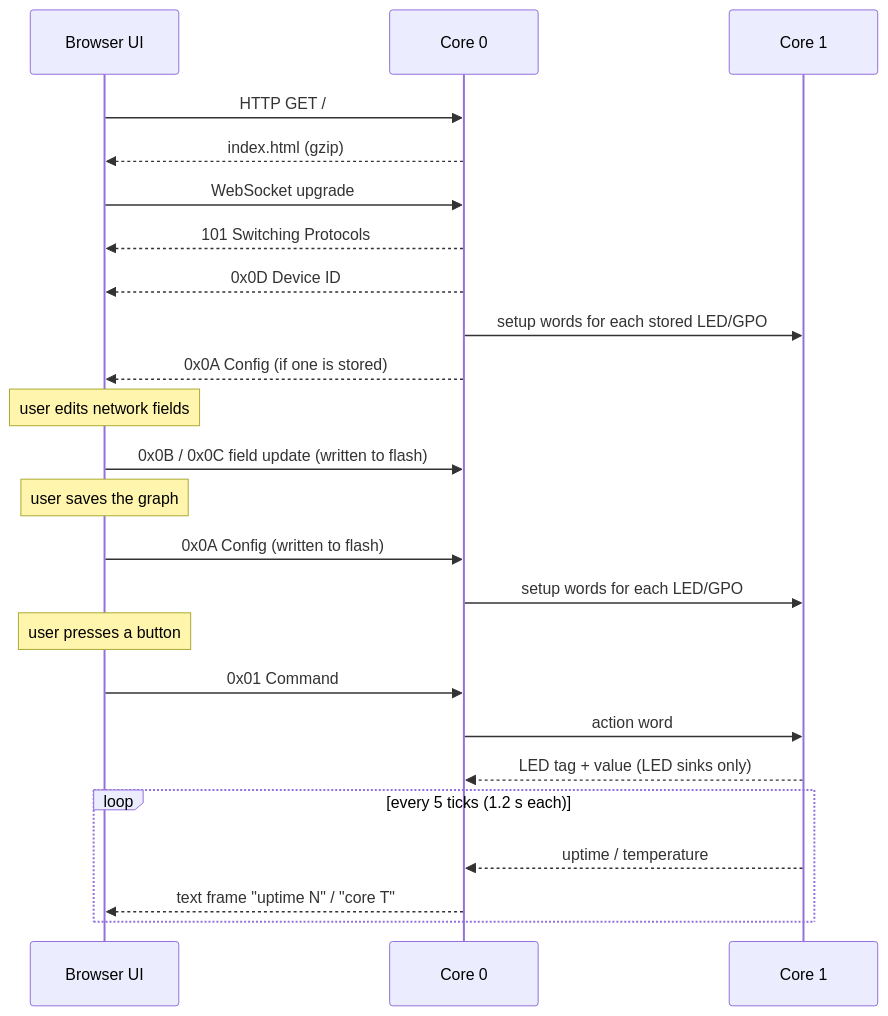
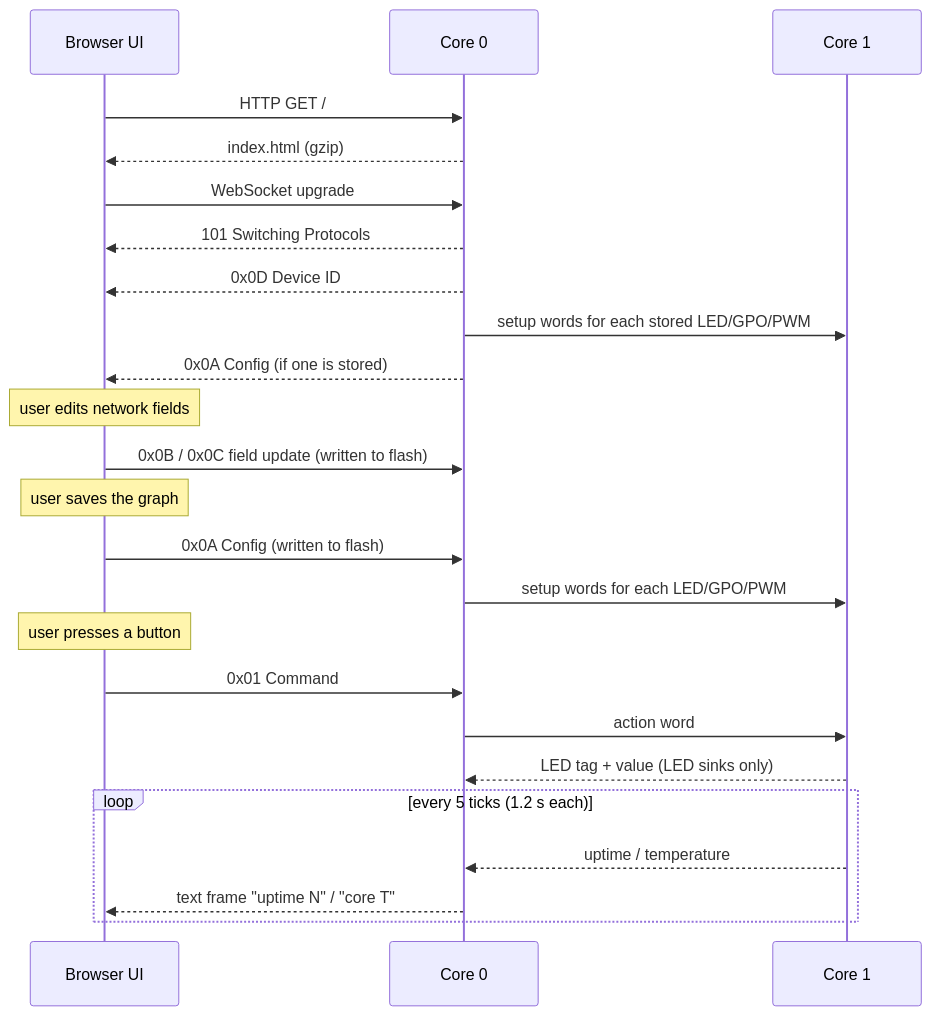
One commit to anroleroux/neograph changed the second of 3 diagrams in PROTOCOL.md. Above: the diagram before and after it, drawn with Mermaid. The commit also changed other lines of this file and 13 other files, not shown here.

````diff
--- a/PROTOCOL.md
+++ b/PROTOCOL.md
@@ -54,26 +54,26 @@
 ```mermaid
 sequenceDiagram
     participant UI as Browser UI
     participant C0 as Core 0
     participant C1 as Core 1
     UI->>C0: HTTP GET /
     C0-->>UI: index.html (gzip)
     UI->>C0: WebSocket upgrade
     C0-->>UI: 101 Switching Protocols
     C0-->>UI: 0x0D Device ID
-    C0->>C1: setup words for each stored LED/GPO
+    C0->>C1: setup words for each stored LED/GPO/PWM
     C0-->>UI: 0x0A Config (if one is stored)
     Note over UI: user edits network fields
     UI->>C0: 0x0B / 0x0C field update (written to flash)
     Note over UI: user saves the graph
     UI->>C0: 0x0A Config (written to flash)
-    C0->>C1: setup words for each LED/GPO
+    C0->>C1: setup words for each LED/GPO/PWM
     Note over UI: user presses a button
     UI->>C0: 0x01 Command
     C0->>C1: action word
     C1-->>C0: LED tag + value (LED sinks only)
     loop every 5 ticks (1.2 s each)
         C1-->>C0: uptime / temperature
         C0-->>UI: text frame "uptime N" / "core T"
     end
 ```
````
